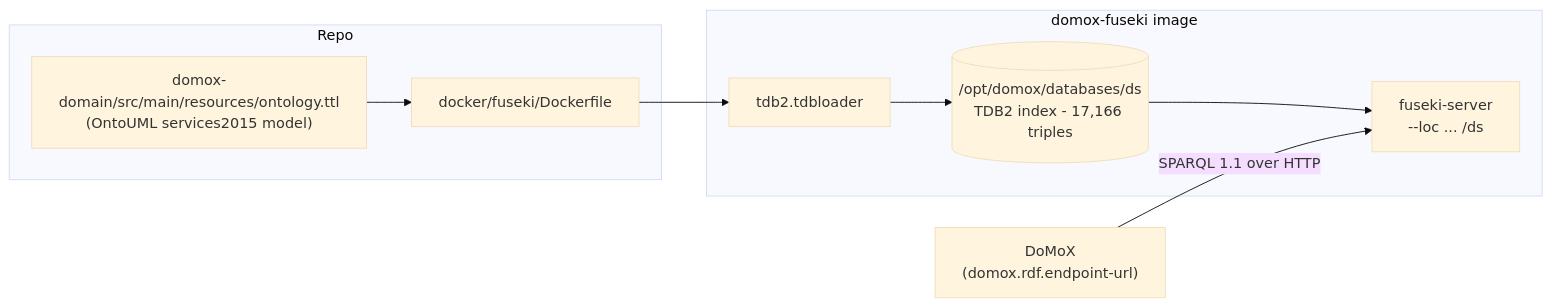
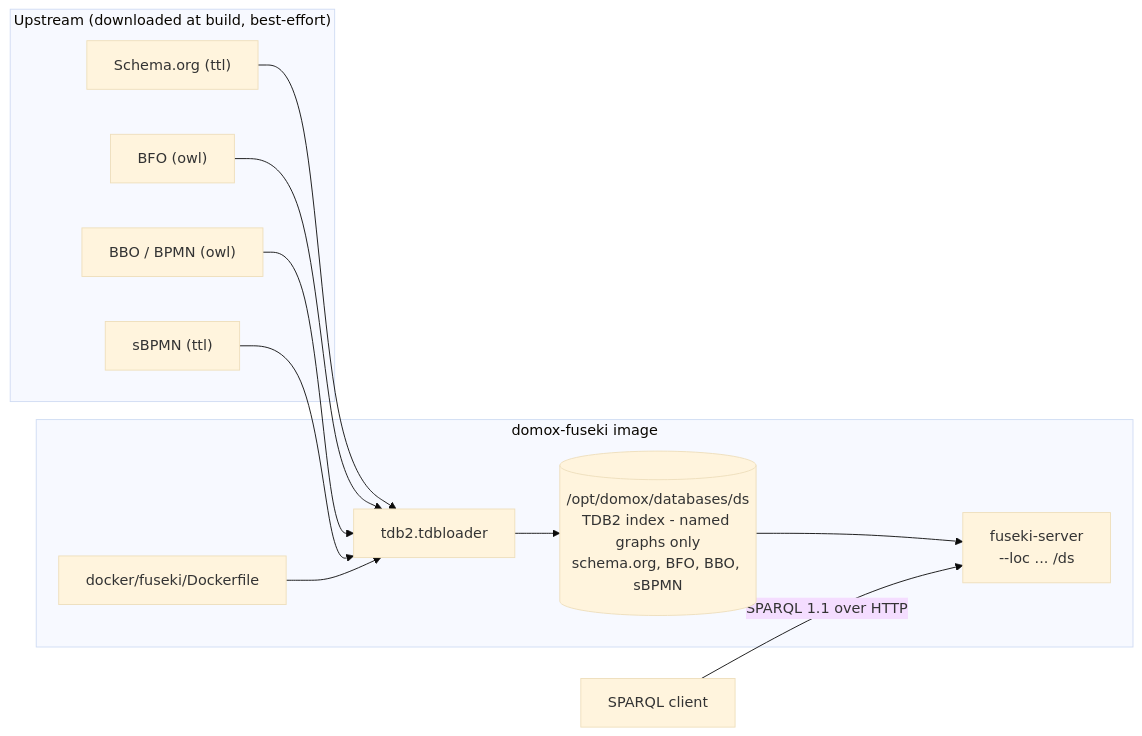
Before and after one commit to joerg-rade/domox: the diagram in docker/fuseki/README.md, drawn with Mermaid (base theme). The commit also changed other lines of this file and 5 other files, not shown here.

Commit message:
OntoUML replaced by ontologies from: schema.org, BPMN, BFO

````diff
--- a/docker/fuseki/README.md
+++ b/docker/fuseki/README.md
@@ -15,15 +17,22 @@
 ```mermaid
 flowchart LR
-    subgraph Repo
-        TTL["domox-domain/src/main/resources/ontology.ttl<br/>(OntoUML services2015 model)"]
-        DF["docker/fuseki/Dockerfile"]
+    subgraph Upstream["Upstream (downloaded at build, best-effort)"]
+        SCHEMA["Schema.org (ttl)"]
+        BFO["BFO (owl)"]
+        BBO["BBO / BPMN (owl)"]
+        SBPMN["sBPMN (ttl)"]
     end
     subgraph Image["domox-fuseki image"]
+        DF["docker/fuseki/Dockerfile"]
         LOADER["tdb2.tdbloader"]
-        DB[("/opt/domox/databases/ds<br/>TDB2 index - 17,166 triples")]
+        DB[("/opt/domox/databases/ds<br/>TDB2 index - named graphs only<br/>schema.org, BFO, BBO, sBPMN")]
         FS["fuseki-server<br/>--loc ... /ds"]
     end
-    APP["DoMoX<br/>(domox.rdf.endpoint-url)"]
-    TTL --> DF --> LOADER --> DB --> FS
-    APP -->|"SPARQL 1.1 over HTTP"| FS
+    CLIENT["SPARQL client"]
+    SCHEMA --> LOADER
+    BFO --> LOADER
+    BBO --> LOADER
+    SBPMN --> LOADER
+    DF --> LOADER --> DB --> FS
+    CLIENT -->|"SPARQL 1.1 over HTTP"| FS
 ```
````
